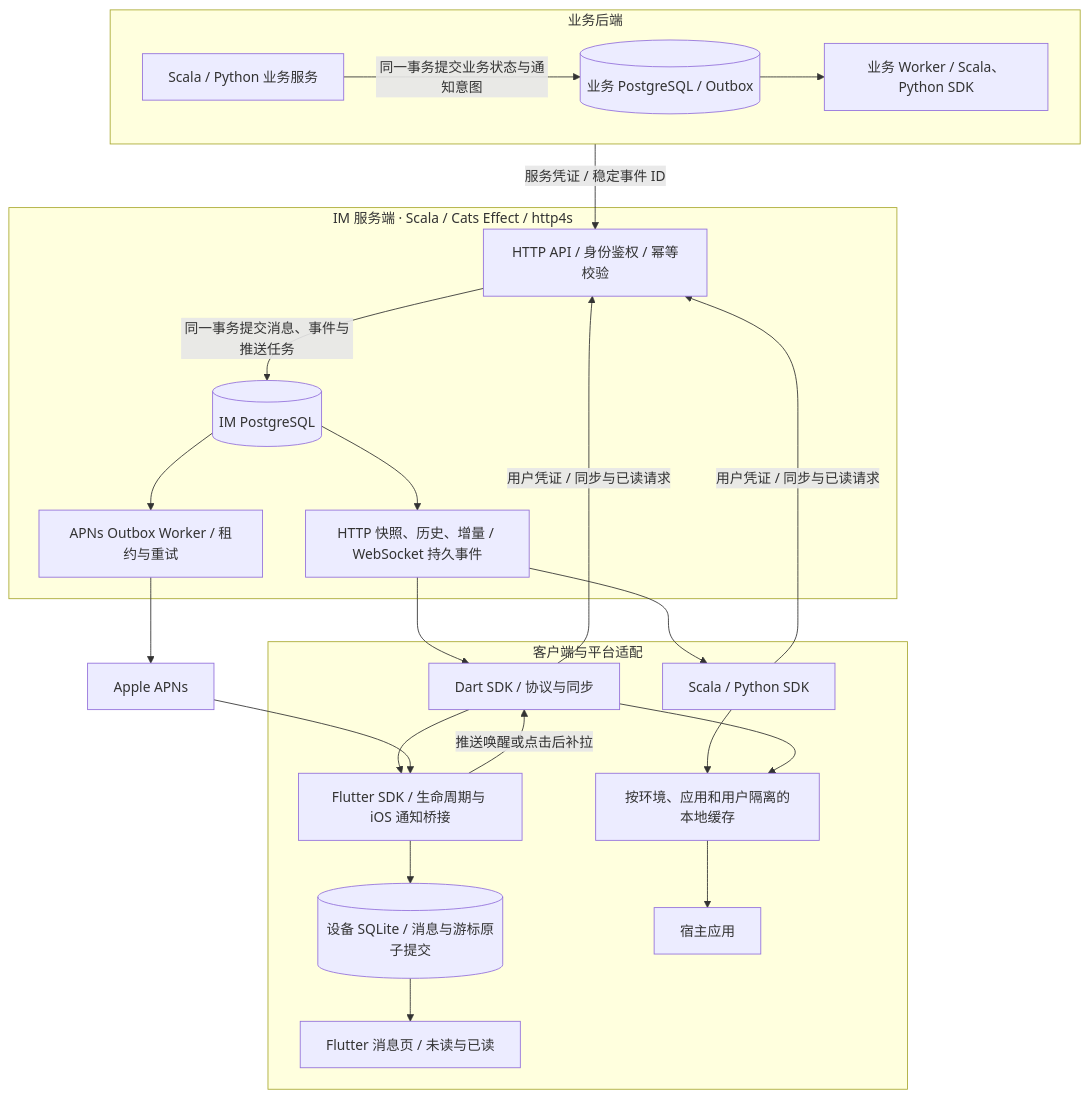
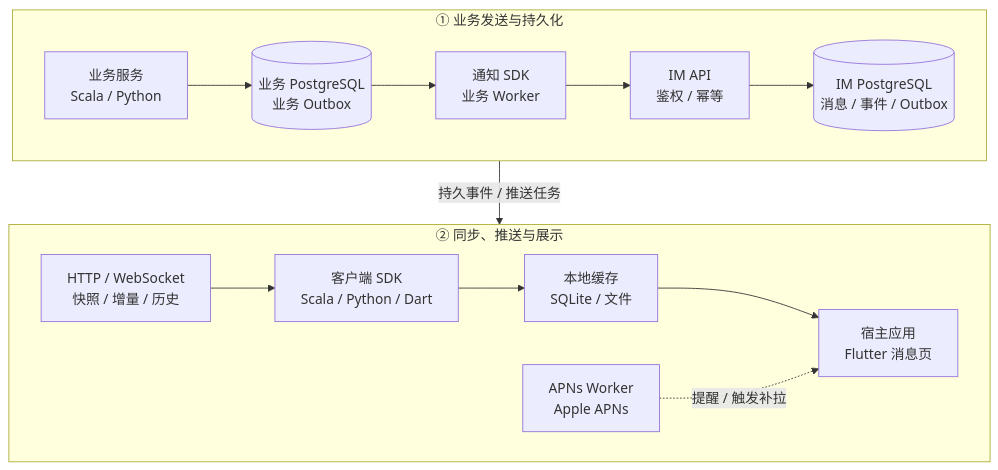
Before and after one commit to bitlap/polyglot-im: the diagram in README.md, drawn with Mermaid. The commit also changed 1 other file, not shown here.

Commit message:
docs: 将 README 架构图压缩为两排布局

````diff
--- a/README.md
+++ b/README.md
@@ -9,32 +9,20 @@
 ```mermaid
 flowchart TB
-  subgraph Business["业务后端"]
+  subgraph Write["① 业务发送与持久化"]
     direction LR
-    Service["Scala / Python 业务服务"] -->|"同一事务提交业务状态与通知意图"| BusinessDB[("业务 PostgreSQL / Outbox")]
-    BusinessDB --> Producer["业务 Worker / Scala、Python SDK"]
+    Business["业务服务<br/>Scala / Python"] --> BusinessDB[("业务 PostgreSQL<br/>业务 Outbox")]
+    BusinessDB --> Producer["通知 SDK<br/>业务 Worker"]
+    Producer --> API["IM API<br/>鉴权 / 幂等"]
+    API --> IMDB[("IM PostgreSQL<br/>消息 / 事件 / Outbox")]
   end
 
-  subgraph Server["IM 服务端 · Scala / Cats Effect / http4s"]
-    API["HTTP API / 身份鉴权 / 幂等校验"] -->|"同一事务提交消息、事件与推送任务"| IMDB[("IM PostgreSQL")]
-    IMDB --> Sync["HTTP 快照、历史、增量 / WebSocket 持久事件"]
-    IMDB --> Push["APNs Outbox Worker / 租约与重试"]
+  subgraph Deliver["② 同步、推送与展示"]
+    direction LR
+    Sync["HTTP / WebSocket<br/>快照 / 增量 / 历史"] --> SDK["客户端 SDK<br/>Scala / Python / Dart"]
+    SDK --> Cache["本地缓存<br/>SQLite / 文件"]
+    Cache --> App["宿主应用<br/>Flutter 消息页"]
+    Push["APNs Worker<br/>Apple APNs"] -.->|"提醒 / 触发补拉"| App
   end
 
-  subgraph Clients["客户端与平台适配"]
-    SDK["Scala / Python SDK"] --> Local["按环境、应用和用户隔离的本地缓存"]
-    Dart["Dart SDK / 协议与同步"] --> Flutter["Flutter SDK / 生命周期与 iOS 通知桥接"]
-    Dart --> Local
-    Flutter --> SQLite[("设备 SQLite / 消息与游标原子提交")]
-    Local --> App["宿主应用"]
-    SQLite --> Inbox["Flutter 消息页 / 未读与已读"]
-    Flutter -->|"推送唤醒或点击后补拉"| Dart
-  end
-
-  Producer -->|"服务凭证 / 稳定事件 ID"| API
-  Sync --> SDK
-  Sync --> Dart
-  SDK -->|"用户凭证 / 同步与已读请求"| API
-  Dart -->|"用户凭证 / 同步与已读请求"| API
-  Push --> APNs["Apple APNs"]
-  APNs --> Flutter
+  Write -->|"持久事件 / 推送任务"| Deliver
 ```
````
